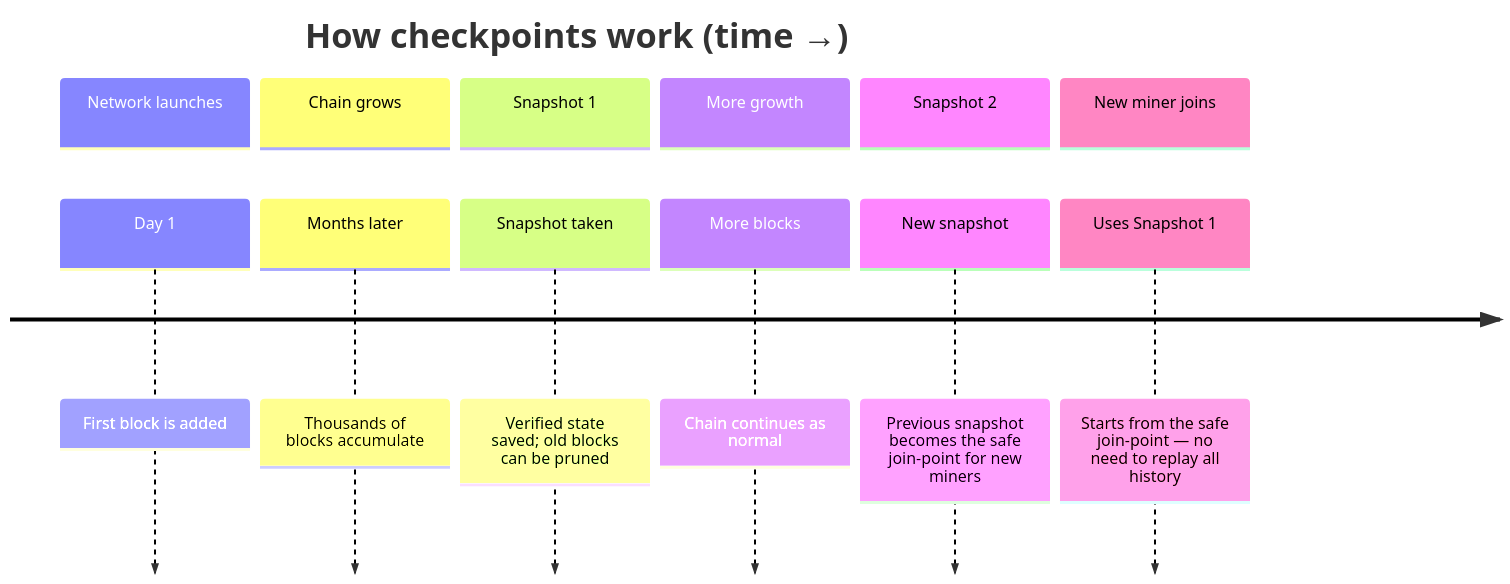
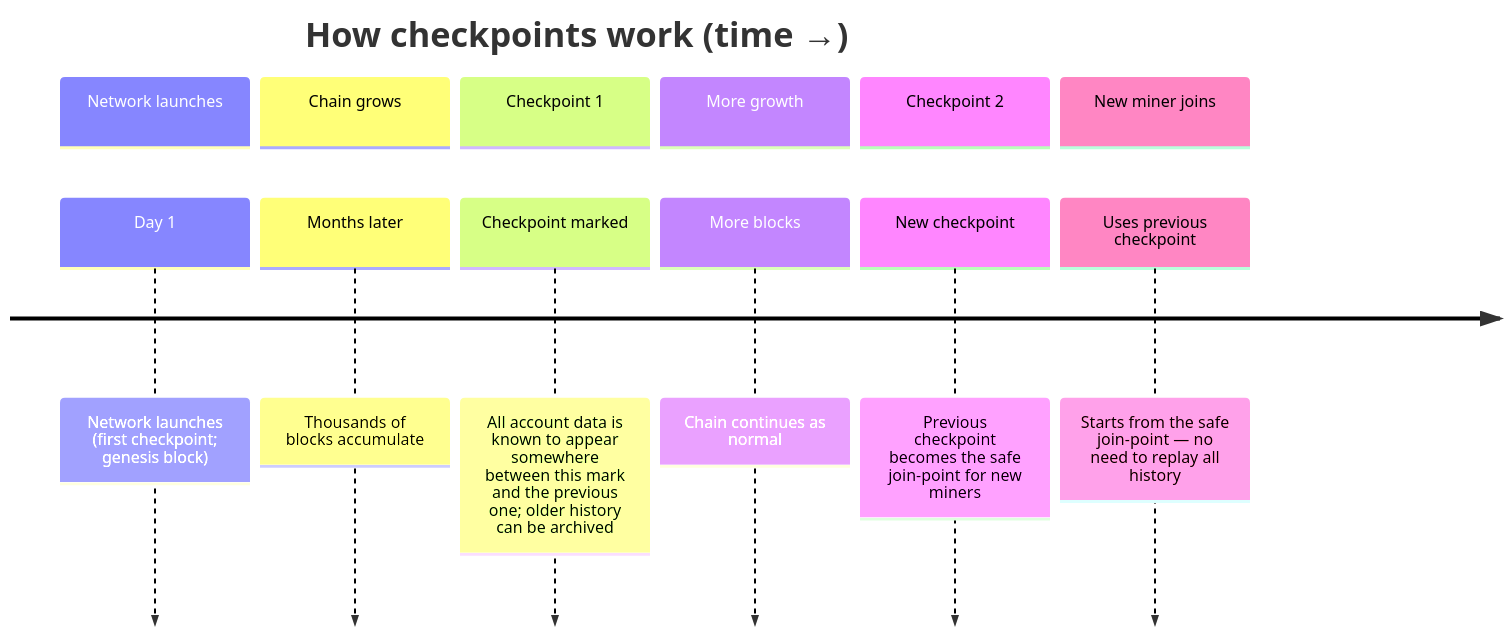
One commit to people-post/pp-ledger changed the fourth of 6 diagrams in docs/design.md. Above: the diagram before and after it, drawn with Mermaid. The commit also changed other lines of this file, not shown here.

````diff
--- a/docs/design.md
+++ b/docs/design.md
@@ -100,16 +100,16 @@
 ```mermaid
 timeline
     title How checkpoints work (time →)
     section Network launches
-        Day 1 : First block is added
+        Day 1 : Network launches (first checkpoint; genesis block)
     section Chain grows
         Months later : Thousands of blocks accumulate
-    section Snapshot 1
-        Snapshot taken : Verified state saved; old blocks can be pruned
+    section Checkpoint 1
+        Checkpoint marked : All account data is known to appear somewhere between this mark and the previous one; older history can be archived
     section More growth
         More blocks : Chain continues as normal
-    section Snapshot 2
-        New snapshot : Previous snapshot becomes the safe join-point for new miners
+    section Checkpoint 2
+        New checkpoint : Previous checkpoint becomes the safe join-point for new miners
     section New miner joins
-        Uses Snapshot 1 : Starts from the safe join-point — no need to replay all history
+        Uses previous checkpoint : Starts from the safe join-point — no need to replay all history
 ```
````
